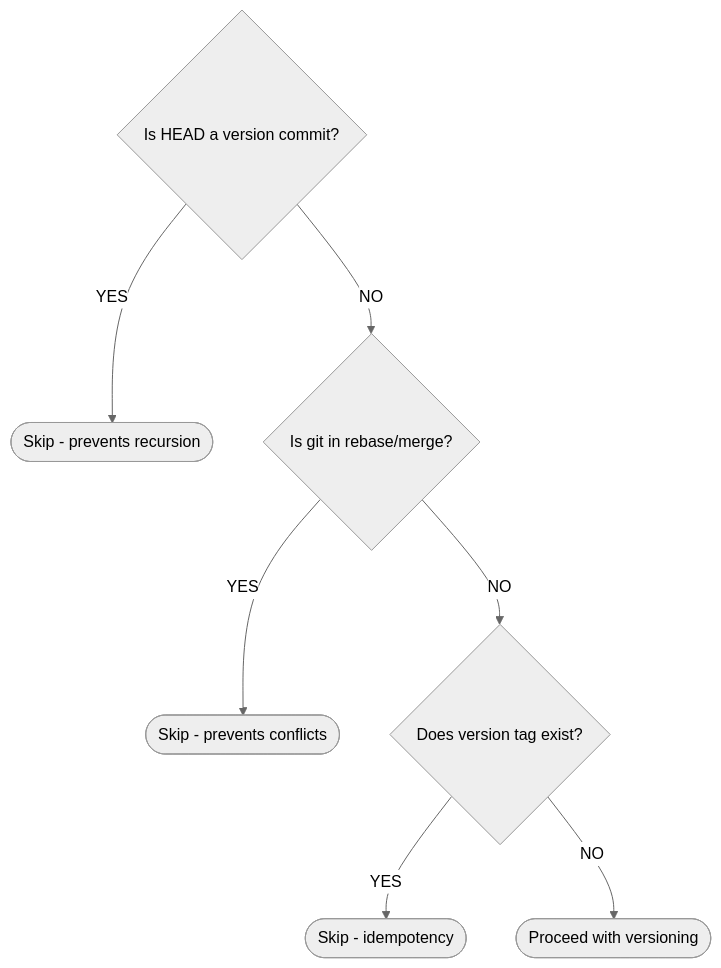
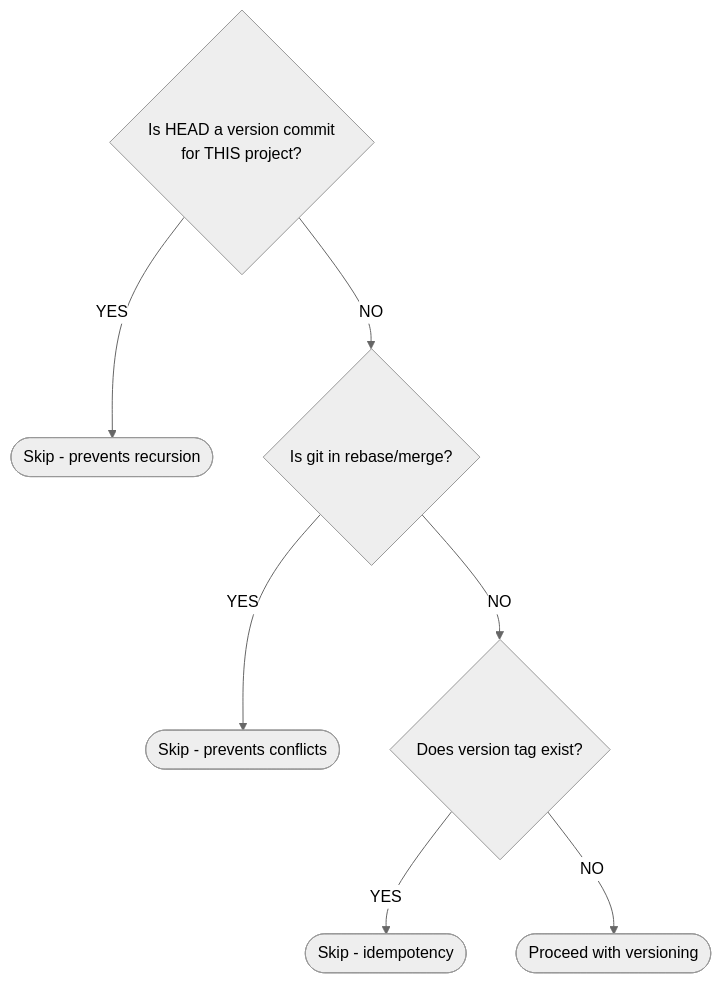
One commit to AndrewRedican/hyperfrontend changed the diagram in tools/package/src/executors/version/README.md. Above: the diagram before and after it, drawn with Mermaid (neutral theme). The commit also changed other lines of this file and 3 other files, not shown here.

Commit message:
docs(tool-package): add missing information to readme and architecture files

````diff
--- a/tools/package/src/executors/version/README.md
+++ b/tools/package/src/executors/version/README.md
@@ -137,9 +146,9 @@
 ```mermaid
 flowchart TD
-    check1{Is HEAD a version commit?} -->|YES| skip1([Skip - prevents recursion])
+    check1{Is HEAD a version commit<br/>for THIS project?} -->|YES| skip1([Skip - prevents recursion])
     check1 -->|NO| check2{Is git in rebase/merge?}
     check2 -->|YES| skip2([Skip - prevents conflicts])
     check2 -->|NO| check3{Does version tag exist?}
     check3 -->|YES| skip3([Skip - idempotency])
     check3 -->|NO| proceed([Proceed with versioning])
 ```
````
